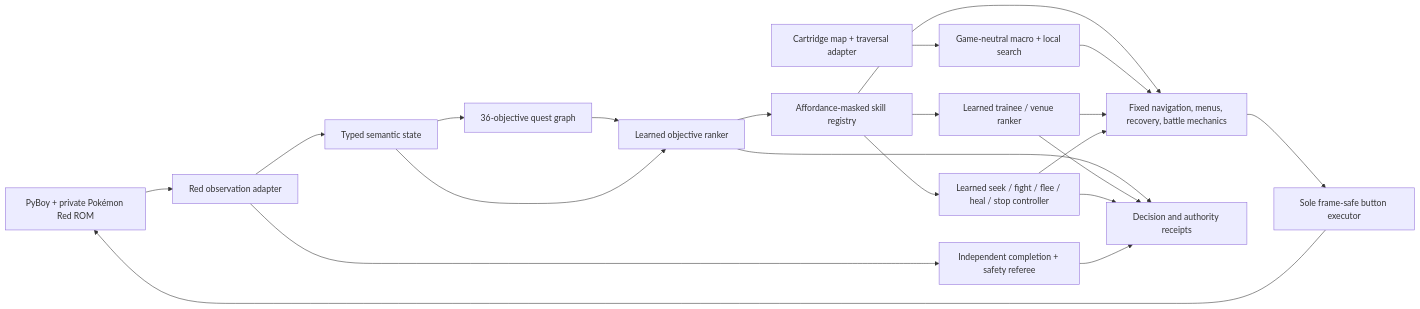
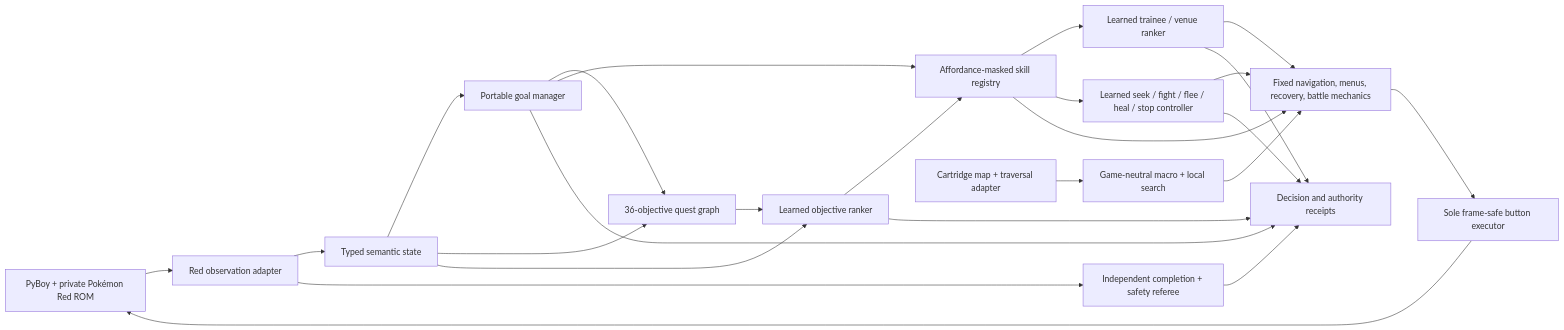
The first of 2 diagrams in docs/architecture.md (PeteAndrews1289/pokemon-red-completion-agent), drawn with Mermaid before and after one commit. The commit also changed other lines of this file and 26 other files, not shown here.

Commit message:
Add transferable long-horizon goal manager

````diff
--- a/docs/architecture.md
+++ b/docs/architecture.md
@@ -14,25 +14,29 @@
 ```mermaid
 flowchart LR
     Game["PyBoy + private Pokémon Red ROM"] --> Adapter["Red observation adapter"]
     Adapter --> State["Typed semantic state"]
+    State --> Manager["Portable goal manager"]
+    Manager --> Graph
+    Manager --> Skills
     State --> Graph["36-objective quest graph"]
     Graph --> Planner["Learned objective ranker"]
     State --> Planner
     Planner --> Skills["Affordance-masked skill registry"]
 
     Skills --> Strategy["Learned trainee / venue ranker"]
     Skills --> Control["Learned seek / fight / flee / heal / stop controller"]
     Skills --> Mechanics["Fixed navigation, menus, recovery, battle mechanics"]
     Cartridge["Cartridge map + traversal adapter"] --> Router["Game-neutral macro + local search"]
     Router --> Mechanics
     Strategy --> Mechanics
     Control --> Mechanics
     Mechanics --> Executor["Sole frame-safe button executor"]
     Executor --> Game
 
     Adapter --> Referee["Independent completion + safety referee"]
     Planner --> Evidence["Decision and authority receipts"]
+    Manager --> Evidence
     Strategy --> Evidence
     Control --> Evidence
     Referee --> Evidence
 ```
````
